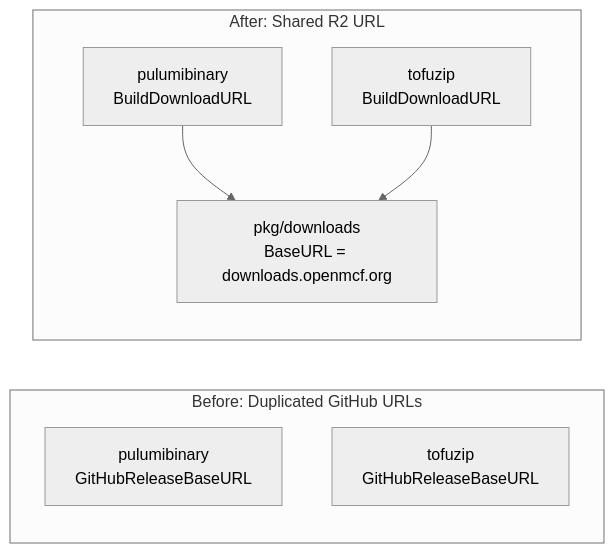
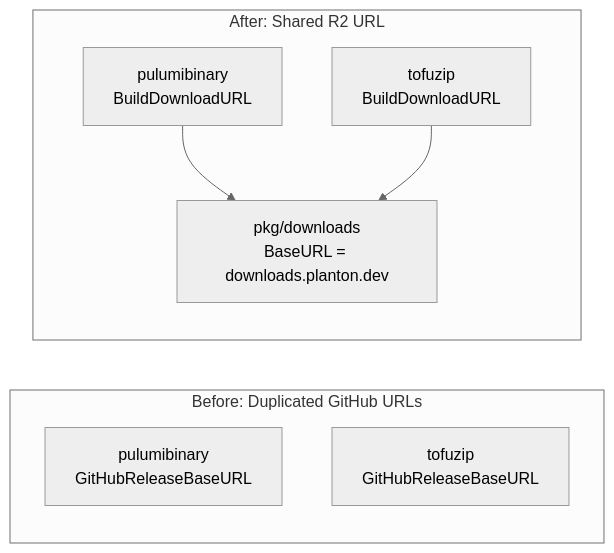
Before and after one commit to plantonhq/planton: the diagram in _changelog/2026-03/2026-03-10-074841-migrate-cli-downloads-to-r2-and-disable-webapp.md, drawn with Mermaid (neutral theme). The commit also changed other lines of this file and 26098 other files, not shown here.

````diff
--- a/_changelog/2026-03/2026-03-10-074841-migrate-cli-downloads-to-r2-and-disable-webapp.md
+++ b/_changelog/2026-03/2026-03-10-074841-migrate-cli-downloads-to-r2-and-disable-webapp.md
@@ -36,15 +36,15 @@
 ```mermaid
 flowchart LR
     subgraph before ["Before: Duplicated GitHub URLs"]
         PB["pulumibinary\nGitHubReleaseBaseURL"]
         TZ["tofuzip\nGitHubReleaseBaseURL"]
     end
 
     subgraph after ["After: Shared R2 URL"]
-        DL["pkg/downloads\nBaseURL = downloads.openmcf.org"]
+        DL["pkg/downloads\nBaseURL = downloads.planton.dev"]
         PB2["pulumibinary\nBuildDownloadURL"]
         TZ2["tofuzip\nBuildDownloadURL"]
         PB2 --> DL
         TZ2 --> DL
     end
 ```
````
